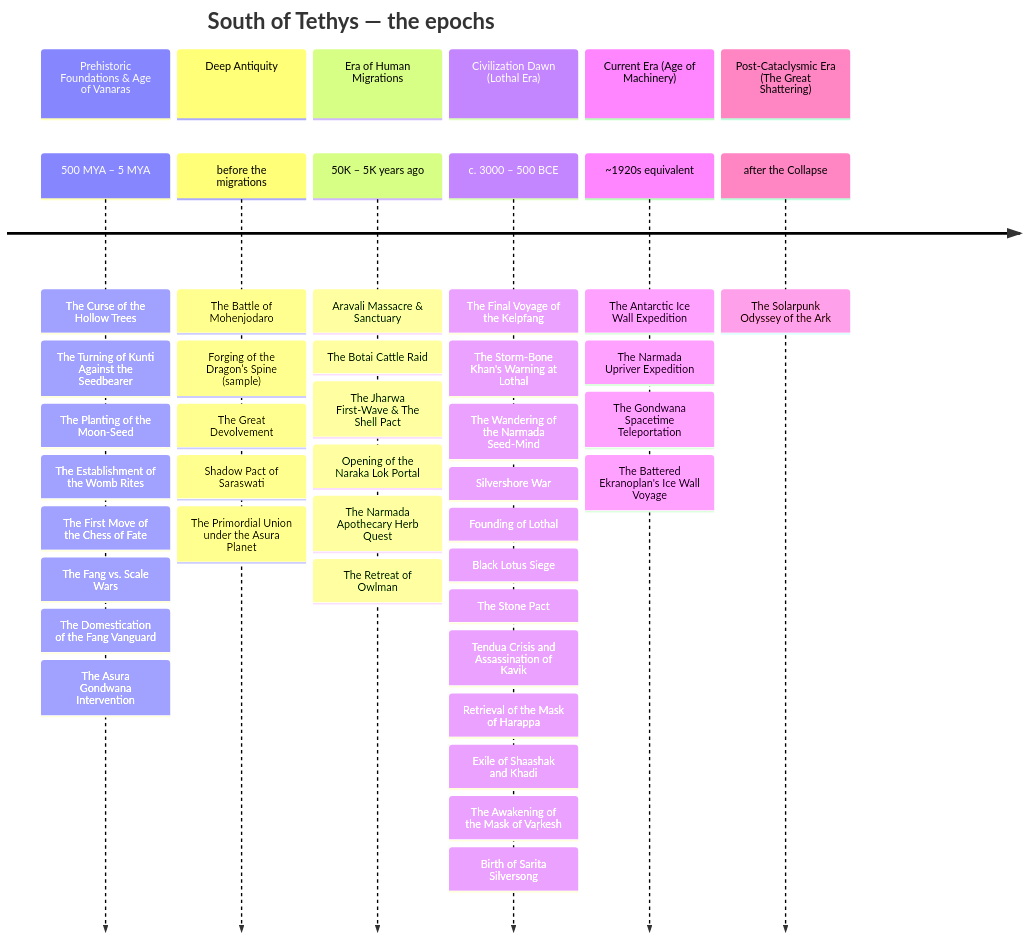
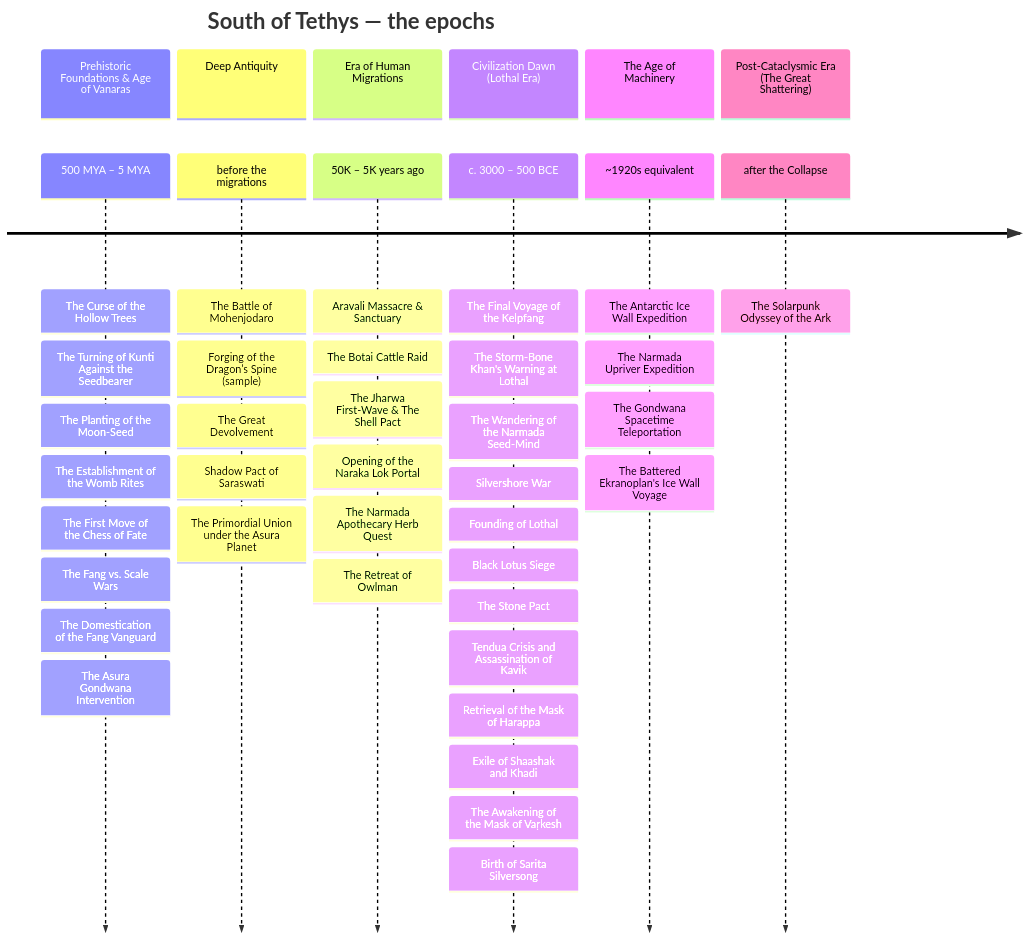
The first of 2 diagrams in docs/timeline_mermaid.md (lordlebu/SouthOfTethys), drawn with Mermaid before and after one commit. The commit also changed other lines of this file and 15 other files, not shown here.

````diff
--- a/docs/timeline_mermaid.md
+++ b/docs/timeline_mermaid.md
@@ -9,16 +9,16 @@
 ```mermaid
 timeline
     title South of Tethys — the epochs
     section Prehistoric Foundations & Age of Vanaras
         500 MYA – 5 MYA : The Curse of the Hollow Trees : The Turning of Kunti Against the Seedbearer : The Planting of the Moon-Seed : The Establishment of the Womb Rites : The First Move of the Chess of Fate : The Fang vs. Scale Wars : The Domestication of the Fang Vanguard : The Asura Gondwana Intervention
     section Deep Antiquity
         before the migrations : The Battle of Mohenjodaro : Forging of the Dragon’s Spine (sample) : The Great Devolvement : Shadow Pact of Saraswati : The Primordial Union under the Asura Planet
     section Era of Human Migrations
         50K – 5K years ago : Aravali Massacre & Sanctuary : The Botai Cattle Raid : The Jharwa First-Wave & The Shell Pact : Opening of the Naraka Lok Portal : The Narmada Apothecary Herb Quest : The Retreat of Owlman
     section Civilization Dawn (Lothal Era)
         c. 3000 – 500 BCE : The Final Voyage of the Kelpfang : The Storm-Bone Khan's Warning at Lothal : The Wandering of the Narmada Seed-Mind : Silvershore War : Founding of Lothal : Black Lotus Siege : The Stone Pact : Tendua Crisis and Assassination of Kavik : Retrieval of the Mask of Harappa : Exile of Shaashak and Khadi : The Awakening of the Mask of Vaṛkesh : Birth of Sarita Silversong
-    section Current Era (Age of Machinery)
+    section The Age of Machinery
         ~1920s equivalent : The Antarctic Ice Wall Expedition : The Narmada Upriver Expedition : The Gondwana Spacetime Teleportation : The Battered Ekranoplan's Ice Wall Voyage
     section Post-Cataclysmic Era (The Great Shattering)
         after the Collapse : The Solarpunk Odyssey of the Ark
 ```
````
